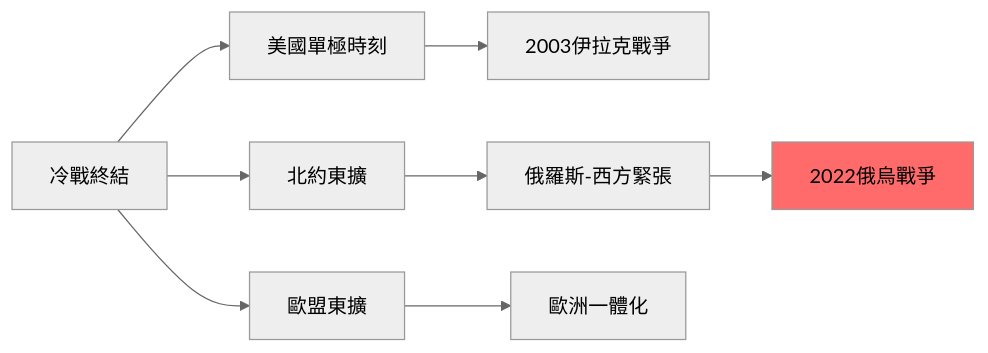
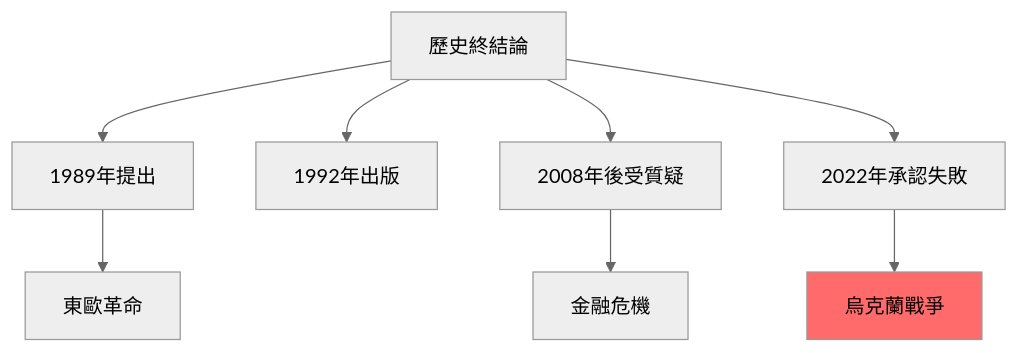
One commit to yip-lgtm/HKU-Harvard-History-Self-Study changed the tenth of 10 diagrams in 01_HKU_Courses/HIST2152_Late_socialism.md. Above: the diagram before and after it, drawn with Mermaid (neutral theme). The commit also changed other lines of this file and 7 other files, not shown here.

````diff
--- a/01_HKU_Courses/HIST2152_Late_socialism.md
+++ b/01_HKU_Courses/HIST2152_Late_socialism.md
@@ -272,11 +333,11 @@
 ```mermaid
-graph LR
-    A["冷戰終結"] --> B["美國單極時刻"]
-    A --> C["北約東擴"]
-    A --> D["歐盟東擴"]
-    B --> E["2003伊拉克戰爭"]
-    C --> F["俄羅斯-西方緊張"]
-    D --> G["歐洲一體化"]
-    F --> H["2022俄烏戰爭"]
+graph TD
+    A["歷史終結論"] --> B["1989年提出"]
+    A --> C["1992年出版"]
+    A --> D["2008年後受質疑"]
+    A --> E["2022年承認失敗"]
+    B --> F["東歐革命"]
+    D --> G["金融危機"]
+    E --> H["烏克蘭戰爭"]
     style H fill:#FF6B6B
 ```
````
